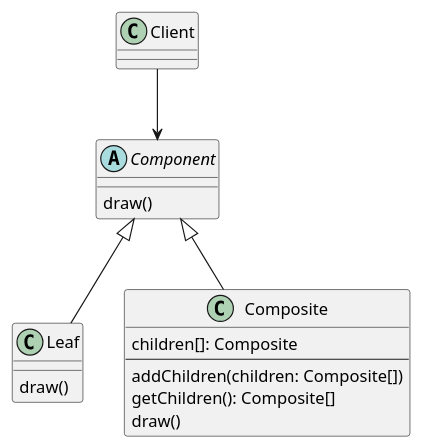
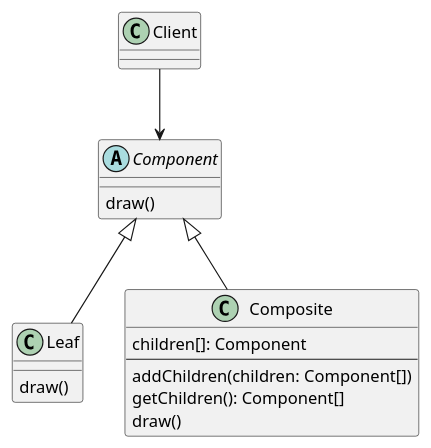
The diagram in u-composite-pattern/src/main/composite_pattern.puml (jprie/mum_springboot), drawn with PlantUML before and after one commit. The commit also changed 9 other files, not shown here.

Commit message:
update uml diagrams (clean test diagrams)

```diff
--- a/u-composite-pattern/src/main/composite_pattern.puml
+++ b/u-composite-pattern/src/main/composite_pattern.puml
@@ -1,28 +1,28 @@
 @startuml
 'https://plantuml.com/class-diagram
 
 class Client
 
 abstract Component {
     draw()
 }
 
 Client --> Component
 
 class Leaf {
 draw()
 }
 
 Component <|-- Leaf
 
 class Composite {
-children[]: Composite
+children[]: Component
 ---
-addChildren(children: Composite[])
-getChildren(): Composite[]
+addChildren(children: Component[])
+getChildren(): Component[]
 draw()
 }
 
 Component <|-- Composite
 
 @enduml
```
